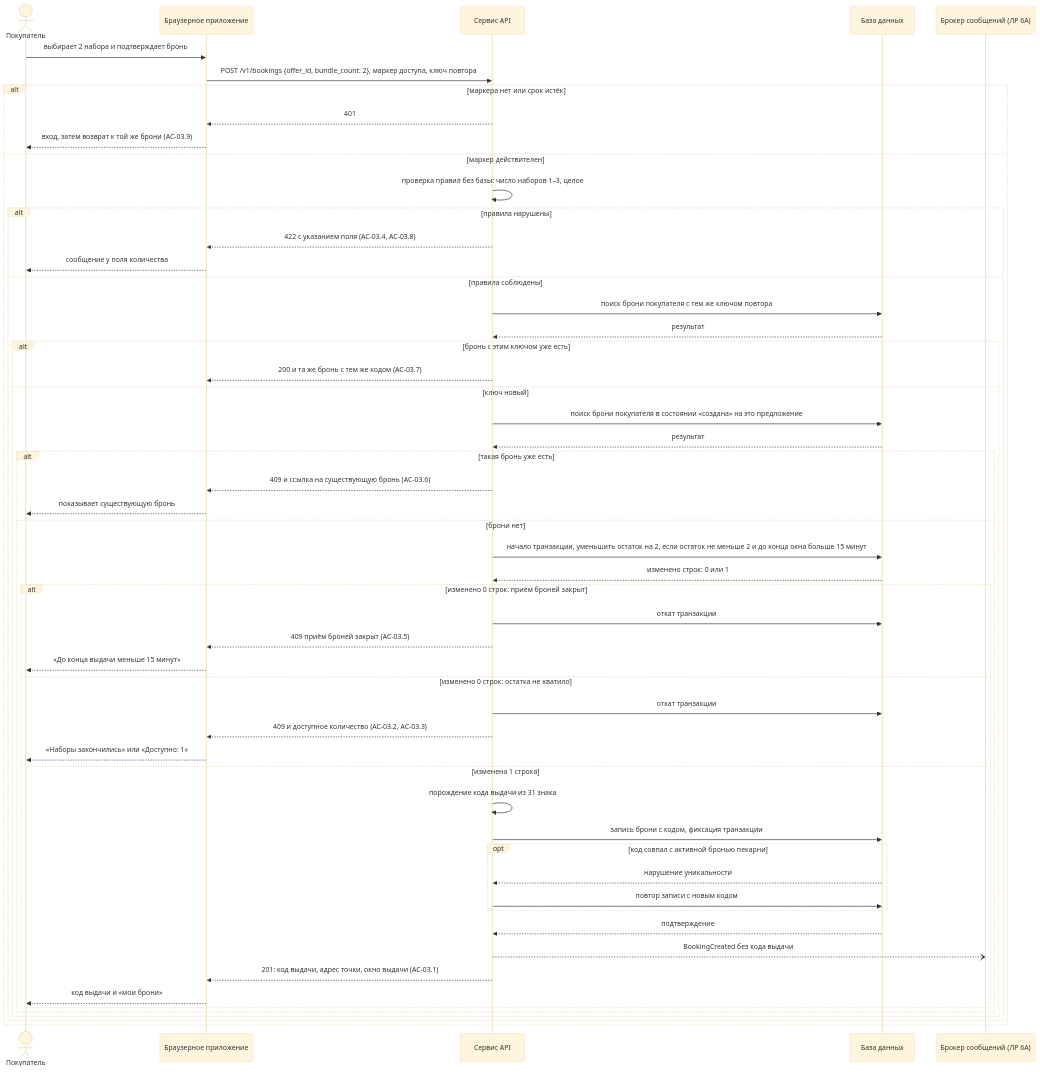
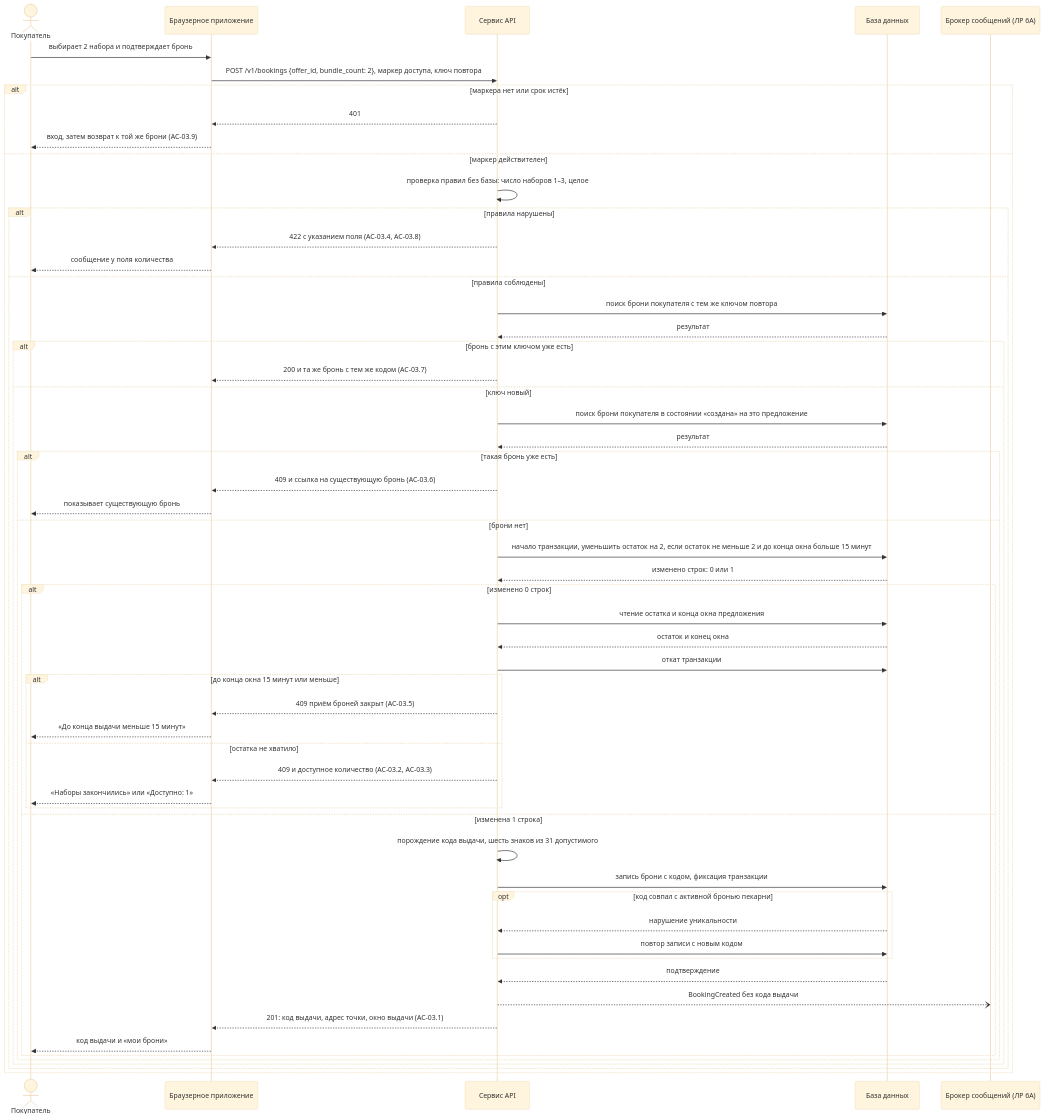
The diagram in docs/architecture/sequence/create-booking.mmd (candycreep/ostatki-sladki), drawn with Mermaid (base theme) before and after one commit. The commit also changed 6 other files, not shown here.

```diff
--- a/docs/architecture/sequence/create-booking.mmd
+++ b/docs/architecture/sequence/create-booking.mmd
@@ -1,57 +1,60 @@
 %% Сценарий FR-03: бронь одного–трёх наборов с кодом выдачи.
 %% Каждая ветвь отказа соответствует критерию приёмки AC-03.x из docs/requirements.md
 sequenceDiagram
     actor V as Покупатель
     participant W as Браузерное приложение
     participant A as Сервис API
     participant D as База данных
     participant B as Брокер сообщений (ЛР 6А)
 
     V->>W: выбирает 2 набора и подтверждает бронь
     W->>A: POST /v1/bookings {offer_id, bundle_count: 2}, маркер доступа, ключ повтора
     alt маркера нет или срок истёк
         A-->>W: 401
         W-->>V: вход, затем возврат к той же брони (AC-03.9)
     else маркер действителен
         A->>A: проверка правил без базы: число наборов 1–3, целое
         alt правила нарушены
             A-->>W: 422 с указанием поля (AC-03.4, AC-03.8)
             W-->>V: сообщение у поля количества
         else правила соблюдены
             A->>D: поиск брони покупателя с тем же ключом повтора
             D-->>A: результат
             alt бронь с этим ключом уже есть
                 A-->>W: 200 и та же бронь с тем же кодом (AC-03.7)
             else ключ новый
                 A->>D: поиск брони покупателя в состоянии «создана» на это предложение
                 D-->>A: результат
                 alt такая бронь уже есть
                     A-->>W: 409 и ссылка на существующую бронь (AC-03.6)
                     W-->>V: показывает существующую бронь
                 else брони нет
                     A->>D: начало транзакции, уменьшить остаток на 2, если остаток не меньше 2 и до конца окна больше 15 минут
                     D-->>A: изменено строк: 0 или 1
-                    alt изменено 0 строк: приём броней закрыт
+                    alt изменено 0 строк
+                        A->>D: чтение остатка и конца окна предложения
+                        D-->>A: остаток и конец окна
                         A->>D: откат транзакции
-                        A-->>W: 409 приём броней закрыт (AC-03.5)
-                        W-->>V: «До конца выдачи меньше 15 минут»
-                    else изменено 0 строк: остатка не хватило
-                        A->>D: откат транзакции
-                        A-->>W: 409 и доступное количество (AC-03.2, AC-03.3)
-                        W-->>V: «Наборы закончились» или «Доступно: 1»
+                        alt до конца окна 15 минут или меньше
+                            A-->>W: 409 приём броней закрыт (AC-03.5)
+                            W-->>V: «До конца выдачи меньше 15 минут»
+                        else остатка не хватило
+                            A-->>W: 409 и доступное количество (AC-03.2, AC-03.3)
+                            W-->>V: «Наборы закончились» или «Доступно: 1»
+                        end
                     else изменена 1 строка
-                        A->>A: порождение кода выдачи из 31 знака
+                        A->>A: порождение кода выдачи, шесть знаков из 31 допустимого
                         A->>D: запись брони с кодом, фиксация транзакции
                         opt код совпал с активной бронью пекарни
                             D-->>A: нарушение уникальности
                             A->>D: повтор записи с новым кодом
                         end
                         D-->>A: подтверждение
                         A--)B: BookingCreated без кода выдачи
                         A-->>W: 201: код выдачи, адрес точки, окно выдачи (AC-03.1)
                         W-->>V: код выдачи и «мои брони»
                     end
                 end
             end
         end
     end
```
